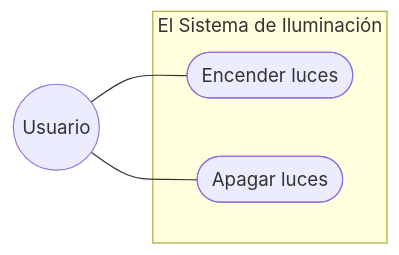
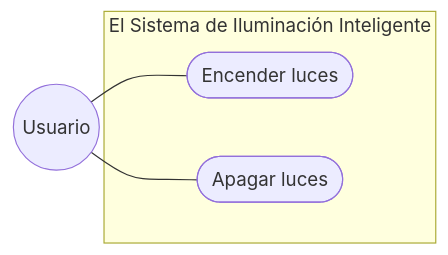
Before and after one commit to abelcm2001/Entornos-7.2: the first of 2 diagrams in README.md, drawn with Mermaid. The commit also changed other lines of this file, not shown here.

````diff
--- a/README.md
+++ b/README.md
@@ -3,17 +3,18 @@
 ```mermaid
 graph LR 
 
 %%Este es el actor
 Usuario((Usuario)) 
 
-subgraph "El Sistema de Iluminación"
-   
-    CU1([Encender luces])
-    CU2([Apagar luces])
+subgraph "El Sistema de Iluminación Inteligente"
+
+CU1([Encender luces])
+CU2([Apagar luces])
+
 end
 
 %% Relaciones entre el actor y los casos de uso
 Usuario --- CU1
 Usuario --- CU2
 
 ```
````
